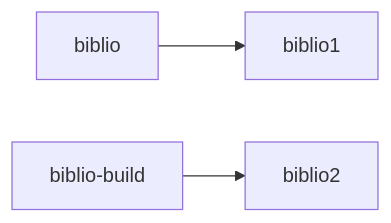
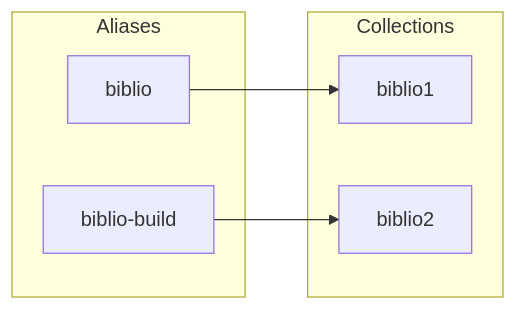
Before and after one commit to MSU-Libraries/catalog: the first of 2 diagrams in docs/solr.md, drawn with Mermaid. The commit also changed other lines of this file, not shown here.

Commit message:
PC-768 Another mermaid syntax fix

````diff
--- a/docs/solr.md
+++ b/docs/solr.md
@@ -10,5 +10,13 @@
 ``` mermaid
 graph LR
-    A[biblio] --> B[biblio1];
-    C[biblio-build] --> D[biblio2];
+    biblio --> biblio1;
+    biblio-build --> biblio2;
+    subgraph Aliases;
+    biblio;
+    biblio-build;
+    end;
+    subgraph Collections;
+    biblio1;
+    biblio2;
+    end;
 ```
````
